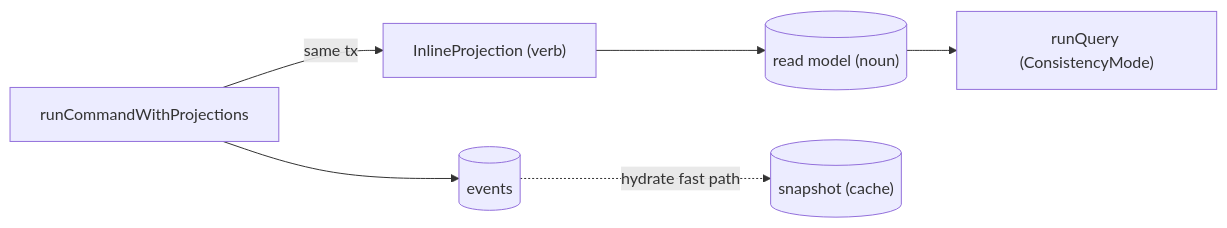
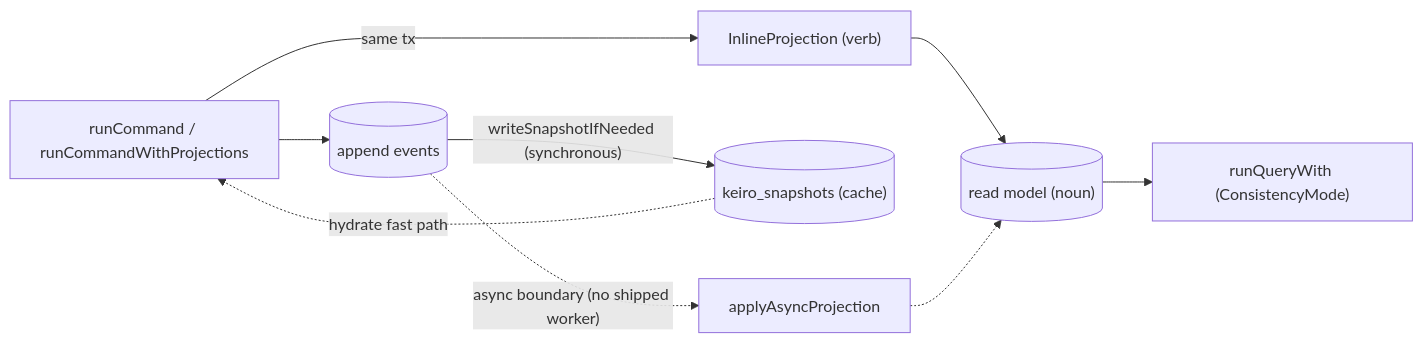
Before and after one commit to shinzui/keiro-runtime-docs: the diagram in content/docs/keiro/walkthrough/read-side/00-start-here.mdx, drawn with Mermaid. The commit also changed other lines of this file and 9 other files, not shown here.

First line of the commit message:
docs(keiro): deepen the read-side walkthrough — snapshots and keiki registers (EP-14)

````diff
--- a/content/docs/keiro/walkthrough/read-side/00-start-here.mdx
+++ b/content/docs/keiro/walkthrough/read-side/00-start-here.mdx
@@ -14,8 +48,11 @@
 ```mermaid
 flowchart LR
-  Cmd["runCommandWithProjections"] --> Ev[("events")]
-  Cmd -- "same tx" --> Proj["InlineProjection (verb)"]
-  Proj --> RM[("read model (noun)")]
-  RM --> Q["runQuery (ConsistencyMode)"]
-  Ev -. "hydrate fast path" .-> Snap[("snapshot (cache)")]
+  Cmd["runCommand / runCommandWithProjections"] --> Append[("append events")]
+  Cmd -- "same tx" --> Inline["InlineProjection (verb)"]
+  Inline --> RM[("read model (noun)")]
+  Append -- "writeSnapshotIfNeeded (synchronous)" --> Snap[("keiro_snapshots (cache)")]
+  Snap -. "hydrate fast path" .-> Cmd
+  RM --> Query["runQueryWith (ConsistencyMode)"]
+  Append -. "async boundary (no shipped worker)" .-> Async["applyAsyncProjection"]
+  Async -.-> RM
 ```
````
